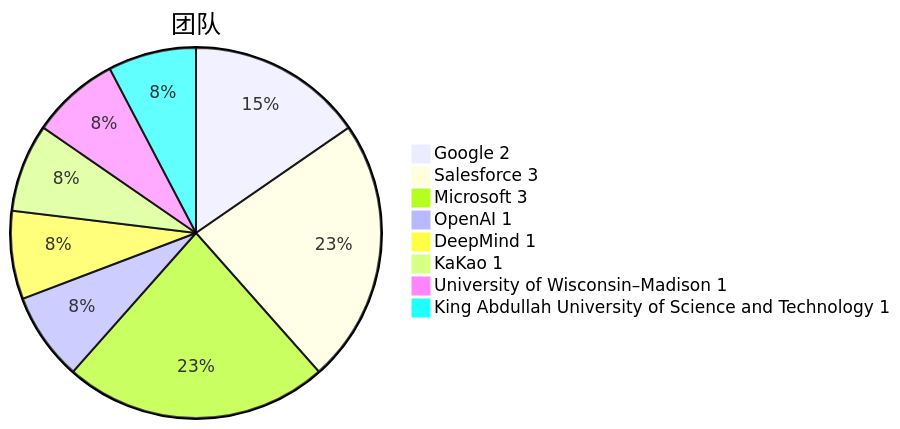
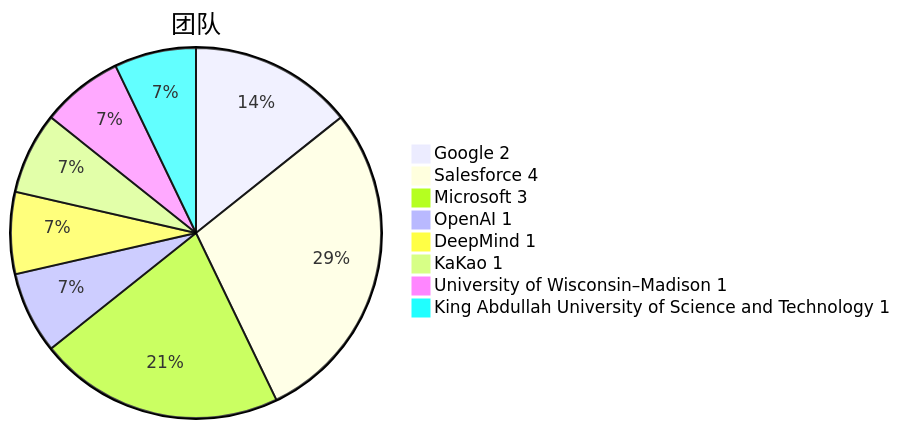
Before and after one commit to Elephant-King9/Paper: the third of 6 diagrams in Base_Model/VLM+VLLM/analyse.md, drawn with Mermaid. The commit also changed other lines of this file and 6 other files, not shown here.

````diff
--- a/Base_Model/VLM+VLLM/analyse.md
+++ b/Base_Model/VLM+VLLM/analyse.md
@@ -48,11 +50,11 @@
 ```mermaid
 pie title 团队
 		"Google 2" : 2
-		"Salesforce 3" : 3
+		"Salesforce 4" : 4
 		"Microsoft 3" : 3
 		"OpenAI 1" : 1
 		"DeepMind 1" : 1
 		"KaKao 1" : 1
 		"University of Wisconsin–Madison 1" : 1
 		"King Abdullah University of Science and Technology 1" : 1
 ```
````
